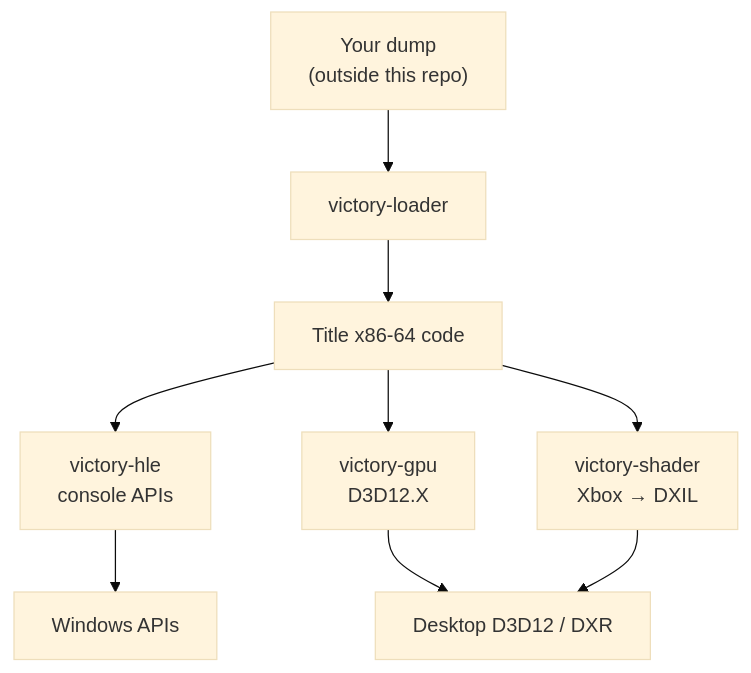
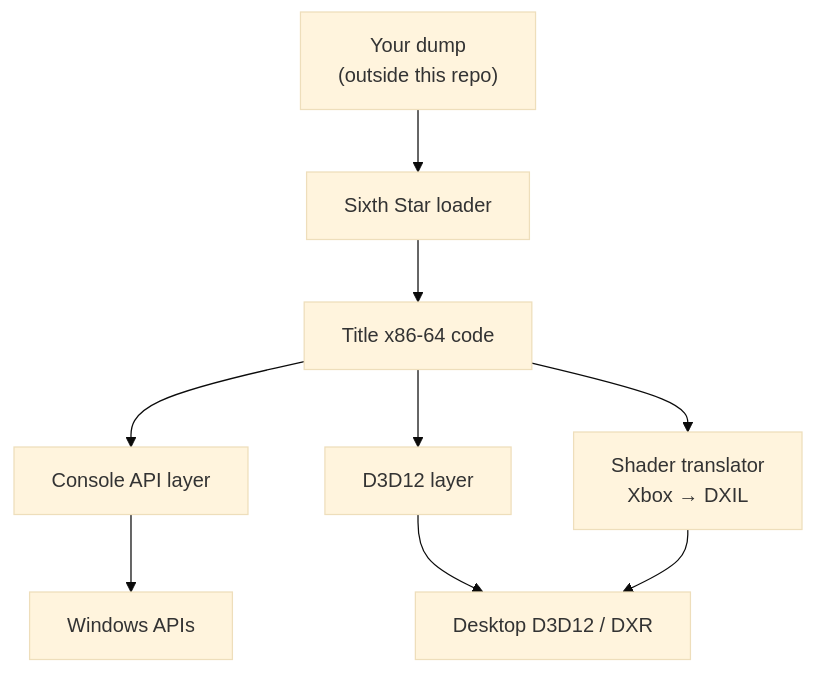
The diagram in README.md (ihaterockstargames/sixth-star), drawn with Mermaid (base theme) before and after one commit. The commit also changed other lines of this file and 5 other files, not shown here.

Commit message:
Sixth Star update 2026-11-26

````diff
--- a/README.md
+++ b/README.md
@@ -35,11 +35,11 @@
 ```mermaid
 flowchart TD
-    DUMP["Your dump<br/>(outside this repo)"] --> LOADER["victory-loader"]
+    DUMP["Your dump<br/>(outside this repo)"] --> LOADER["Sixth Star loader"]
     LOADER --> CODE["Title x86-64 code"]
-    CODE --> HLE["victory-hle<br/>console APIs"]
-    CODE --> GPU["victory-gpu<br/>D3D12.X"]
-    CODE --> SHADER["victory-shader<br/>Xbox → DXIL"]
+    CODE --> HLE["Console API layer"]
+    CODE --> GPU["D3D12 layer"]
+    CODE --> SHADER["Shader translator<br/>Xbox → DXIL"]
     HLE --> HOST["Windows APIs"]
     GPU --> D3D12["Desktop D3D12 / DXR"]
     SHADER --> D3D12
 ```
````
